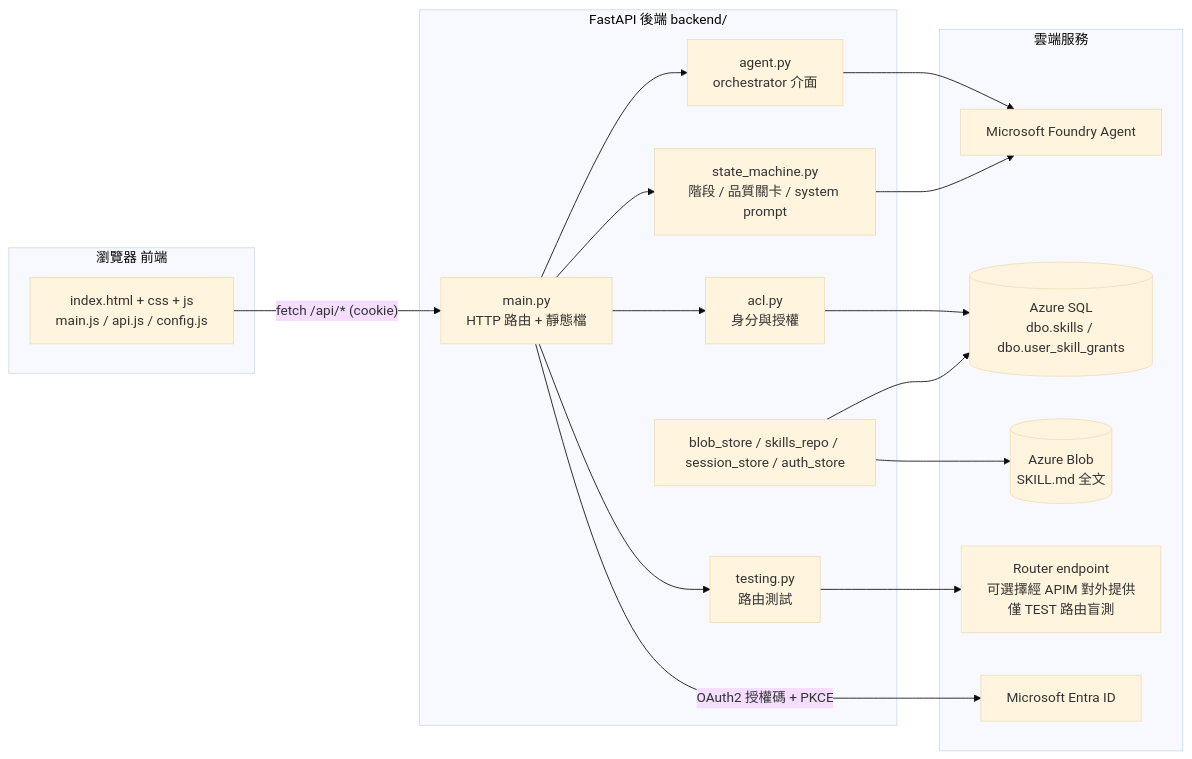
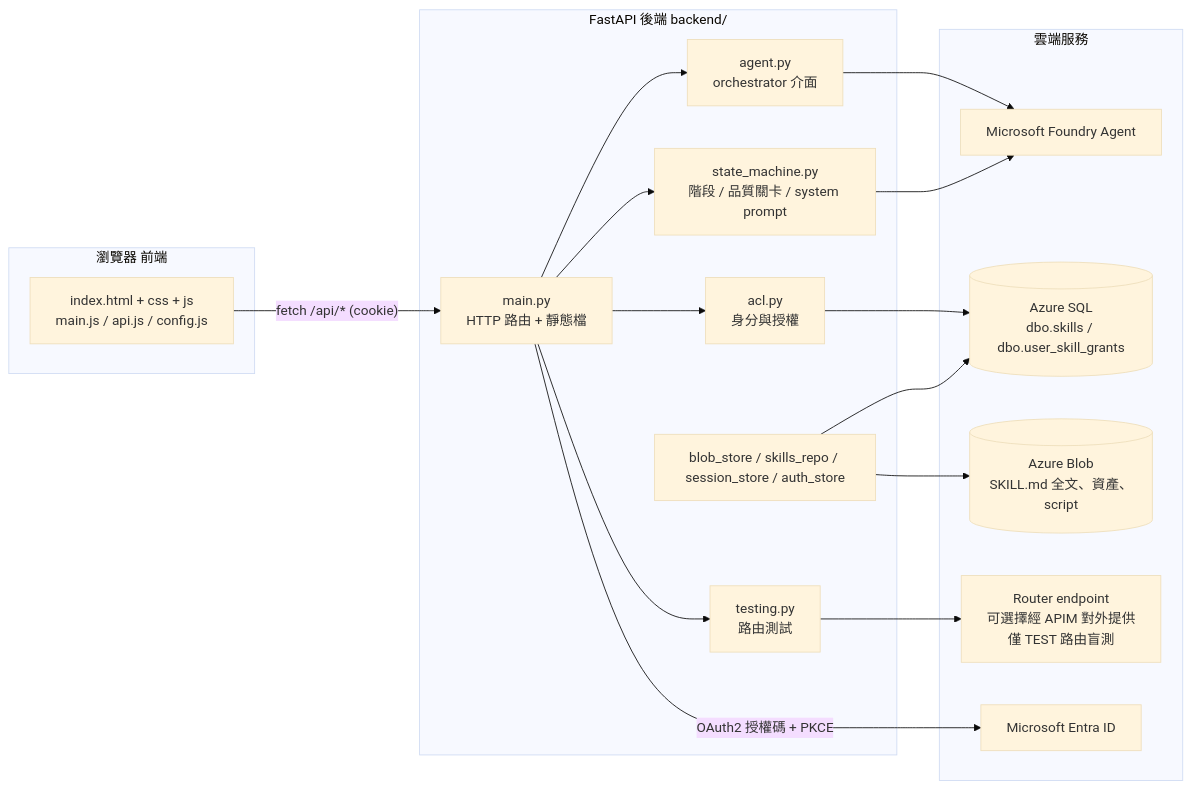
Before and after one commit to georgeliang0821/foundry-skill-generator-v3: the first of 3 diagrams in docs/03-architecture.md, drawn with Mermaid (base theme). The commit also changed other lines of this file and 33 other files, not shown here.

````diff
--- a/docs/03-architecture.md
+++ b/docs/03-architecture.md
@@ -12,32 +12,32 @@
 ```mermaid
 flowchart LR
     subgraph Browser[瀏覽器 前端]
         UI[index.html + css + js<br/>main.js / api.js / config.js]
     end
 
     subgraph Backend[FastAPI 後端 backend/]
         API[main.py<br/>HTTP 路由 + 靜態檔]
         AG[agent.py<br/>orchestrator 介面]
         SM[state_machine.py<br/>階段 / 品質關卡 / system prompt]
         TS[testing.py<br/>路由測試]
         ACL[acl.py<br/>身分與授權]
         STORES[blob_store / skills_repo / session_store / auth_store]
     end
 
     subgraph Cloud[雲端服務]
         FND[Microsoft Foundry Agent]
         SQL[(Azure SQL<br/>dbo.skills / dbo.user_skill_grants)]
-        BLOB[(Azure Blob<br/>SKILL.md 全文)]
+        BLOB[(Azure Blob<br/>SKILL.md 全文、資產、script)]
         ROUTER[Router endpoint<br/>可選擇經 APIM 對外提供<br/>僅 TEST 路由盲測]
         ENTRA[Microsoft Entra ID]
     end
 
     UI -- fetch /api/* (cookie) --> API
     API --> AG --> FND
     API --> SM --> FND
     API --> TS --> ROUTER
     API --> ACL --> SQL
     STORES --> SQL
     STORES --> BLOB
     API -- OAuth2 授權碼 + PKCE --> ENTRA
 ```
````
